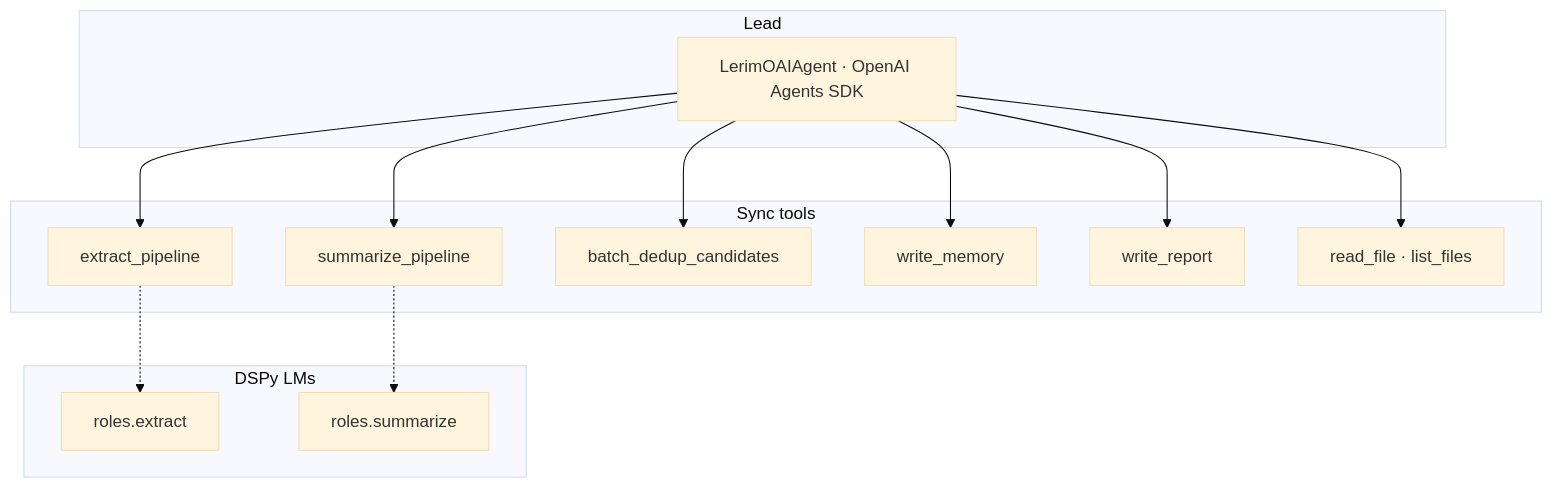
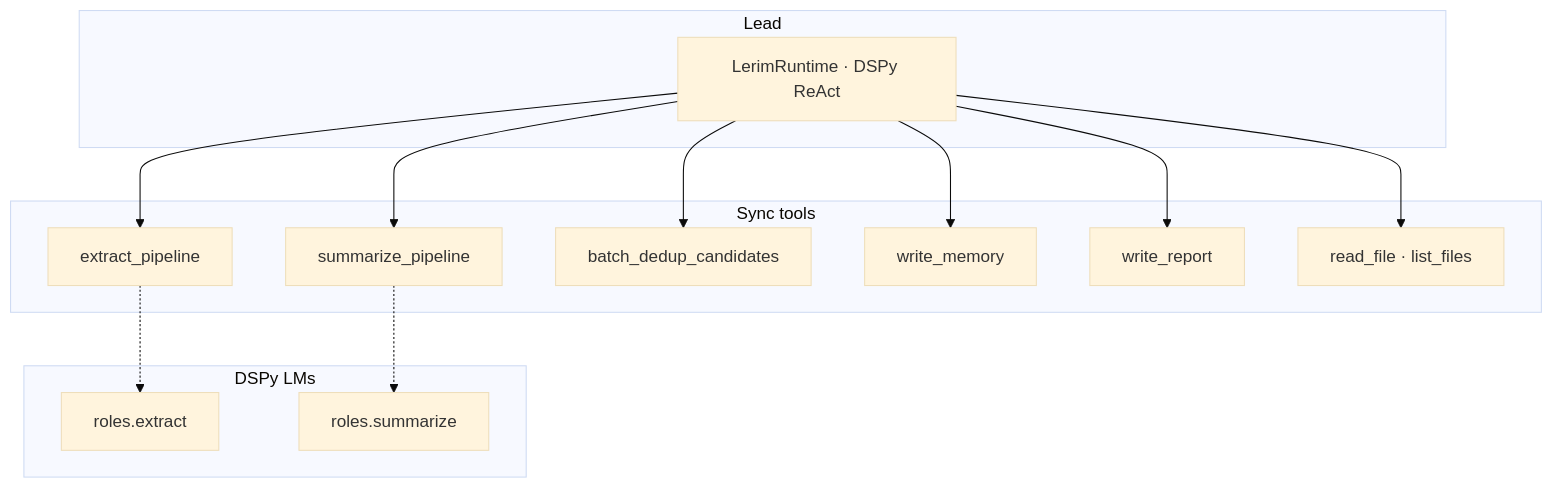
One commit to lerim-dev/lerim-cli changed the first of 2 diagrams in README.md. Above: the diagram before and after it, drawn with Mermaid (base theme). The commit also changed other lines of this file and 8 other files, not shown here.

First line of the commit message:
docs: update CLI docs and changelog for DSPy runtime migration

````diff
--- a/README.md
+++ b/README.md
@@ -68,26 +68,26 @@
 ```mermaid
 flowchart TB
     subgraph lead["Lead"]
-        OAI[LerimOAIAgent · OpenAI Agents SDK]
+        RT[LerimRuntime · DSPy ReAct]
     end
     subgraph syncTools["Sync tools"]
         ep[extract_pipeline]
         sp[summarize_pipeline]
         bd[batch_dedup_candidates]
         wm[write_memory]
         wr[write_report]
         rf["read_file · list_files"]
     end
     subgraph dspy["DSPy LMs"]
         ex[roles.extract]
         su[roles.summarize]
     end
-    OAI --> ep
-    OAI --> sp
-    OAI --> bd
-    OAI --> wm
-    OAI --> wr
-    OAI --> rf
+    RT --> ep
+    RT --> sp
+    RT --> bd
+    RT --> wm
+    RT --> wr
+    RT --> rf
     ep -.-> ex
     sp -.-> su
 ```
````
